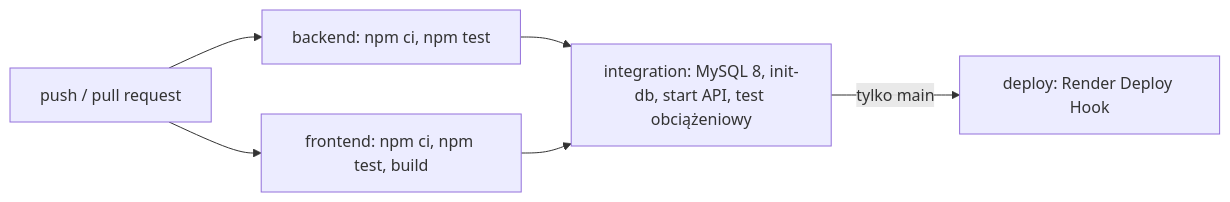
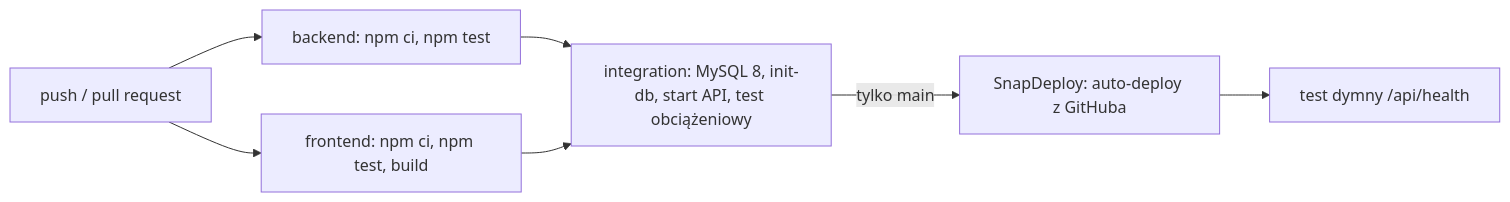
Before and after one commit to 13104-Dominik/veloshop: the diagram in docs/06-dokumentacja-deweloperska.md, drawn with Mermaid. The commit also changed other lines of this file and 3 other files, not shown here.

Commit message:
docs: wdrożenie na SnapDeploy, adres strony

````diff
--- a/docs/06-dokumentacja-deweloperska.md
+++ b/docs/06-dokumentacja-deweloperska.md
@@ -53,8 +53,9 @@
 ```mermaid
 flowchart LR
     A[push / pull request] --> B[backend: npm ci, npm test]
     A --> C[frontend: npm ci, npm test, build]
     B --> D[integration: MySQL 8, init-db, start API, test obciążeniowy]
     C --> D
-    D -->|tylko main| E[deploy: Render Deploy Hook]
+    D -->|tylko main| E[SnapDeploy: auto-deploy z GitHuba]
+    E --> F[test dymny /api/health]
 ```
````
